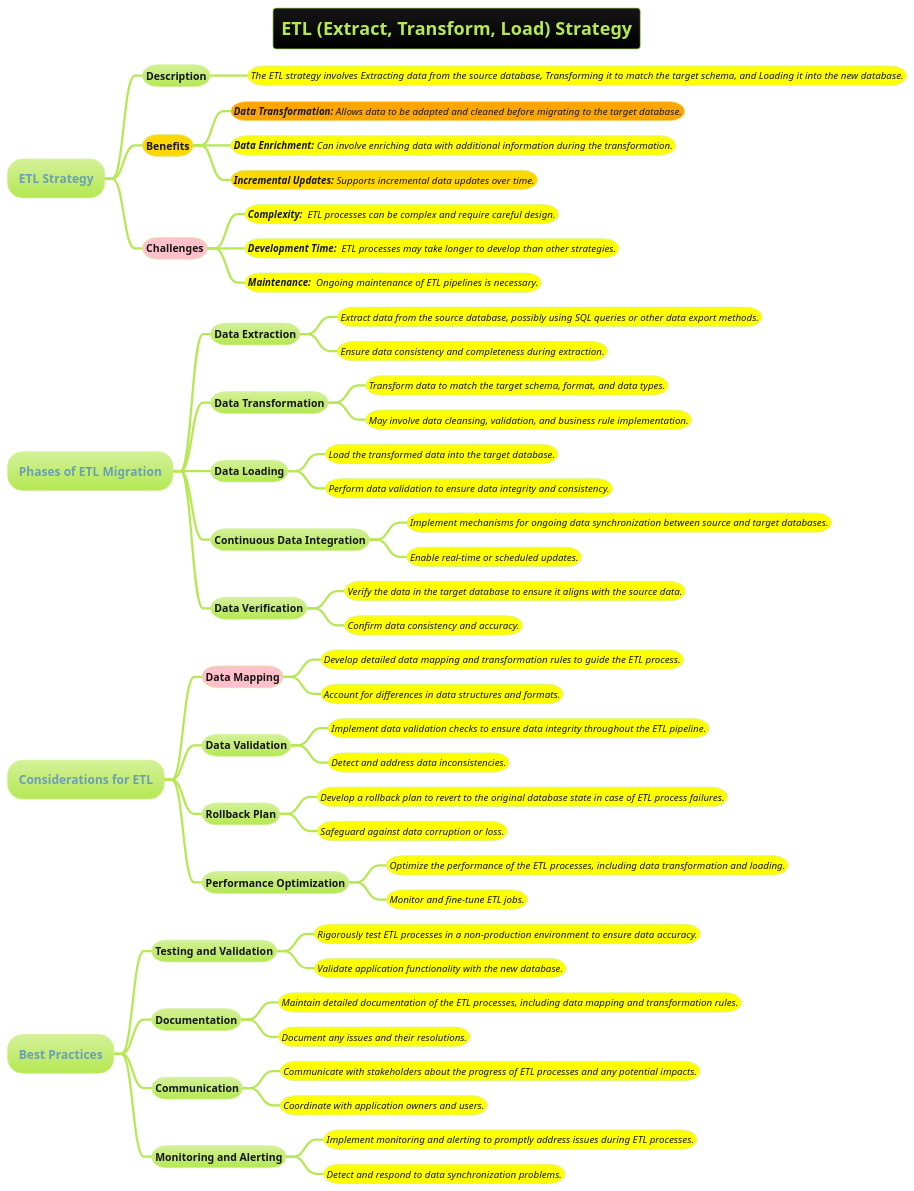
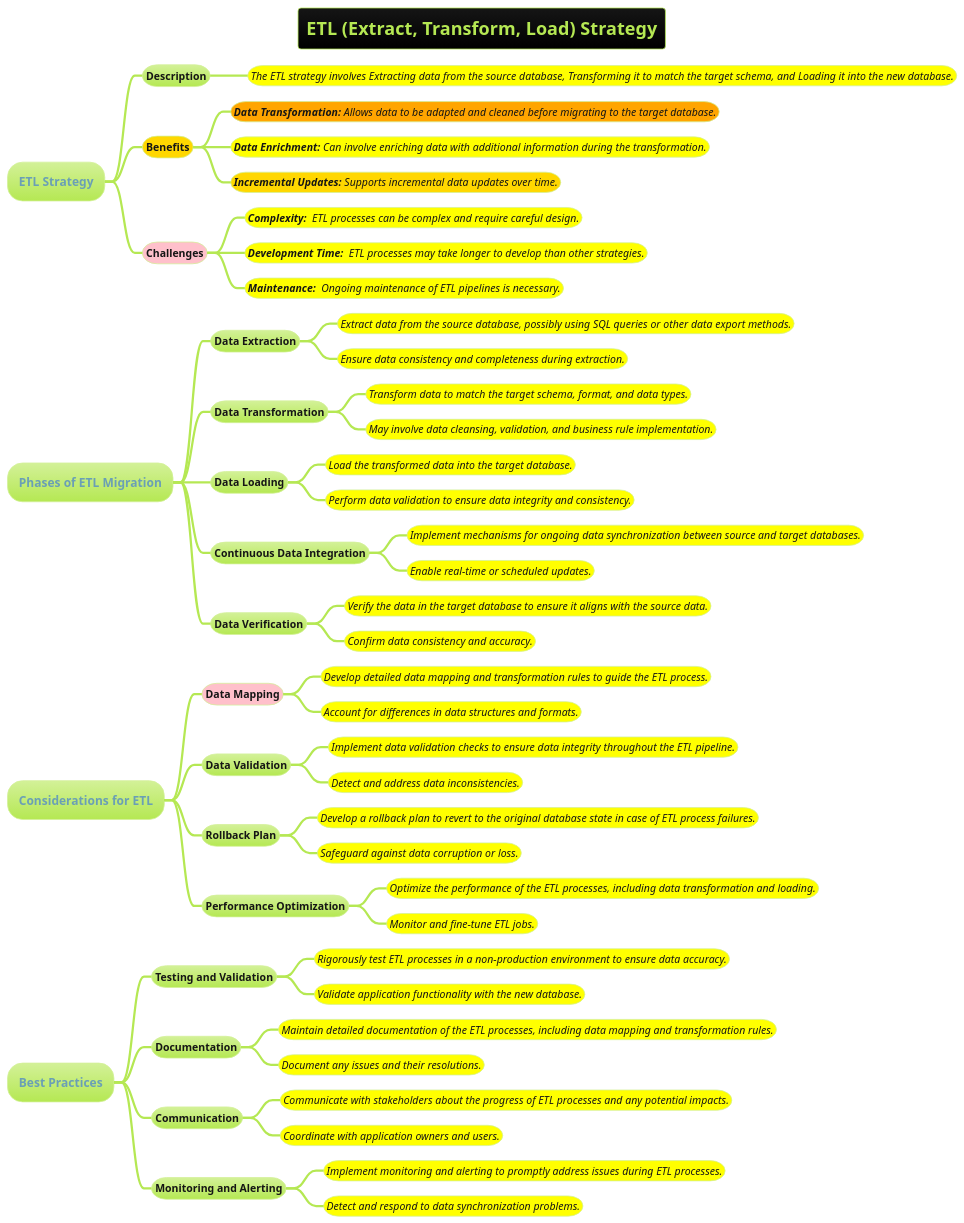
The diagram in docs/AI-ML- DL-Data-Science-and-BigData/data-science/data-or-database-migration/Data-Migration-Strategies/ETL-(Extract-Transform-Load)-Strategy.puml (MehmoodHashmi/Documentation-as-Code-DaC), drawn with PlantUML before and after one commit. The commit also changed 4 other files, not shown here.

```diff
--- a/docs/AI-ML- DL-Data-Science-and-BigData/data-science/data-or-database-migration/Data-Migration-Strategies/ETL-(Extract-Transform-Load)-Strategy.puml
+++ b/docs/AI-ML- DL-Data-Science-and-BigData/data-science/data-or-database-migration/Data-Migration-Strategies/ETL-(Extract-Transform-Load)-Strategy.puml
@@ -1,74 +1,74 @@
 @startmindmap
 title =ETL (Extract, Transform, Load) Strategy
 !theme hacker
 
 * ETL Strategy
 ** Description
-***[#yellow] ====<size:13>The ETL strategy involves Extracting data from the source database, Transforming it to match the target schema, and Loading it into the new database.
+***[#yellow] ====<size:14>The ETL strategy involves Extracting data from the source database, Transforming it to match the target schema, and Loading it into the new database.
 
 **[#gold] Benefits
-***[#orange] ====<size:13>**Data Transformation:** Allows data to be adapted and cleaned before migrating to the target database.
-***[#yellow] ====<size:13>**Data Enrichment:** Can involve enriching data with additional information during the transformation.
-***[#gold] ====<size:13>**Incremental Updates:** Supports incremental data updates over time.
+***[#orange] ====<size:14>**Data Transformation:** Allows data to be adapted and cleaned before migrating to the target database.
+***[#yellow] ====<size:14>**Data Enrichment:** Can involve enriching data with additional information during the transformation.
+***[#gold] ====<size:14>**Incremental Updates:** Supports incremental data updates over time.
 
 **[#pink] Challenges
-***[#yellow] ====<size:13>**Complexity: ** ETL processes can be complex and require careful design.
-***[#yellow] ====<size:13>**Development Time:**  ETL processes may take longer to develop than other strategies.
-***[#yellow] ====<size:13>**Maintenance: ** Ongoing maintenance of ETL pipelines is necessary.
+***[#yellow] ====<size:14>**Complexity: ** ETL processes can be complex and require careful design.
+***[#yellow] ====<size:14>**Development Time:**  ETL processes may take longer to develop than other strategies.
+***[#yellow] ====<size:14>**Maintenance: ** Ongoing maintenance of ETL pipelines is necessary.
 
 * Phases of ETL Migration
 ** Data Extraction
-***[#yellow] ====<size:13>Extract data from the source database, possibly using SQL queries or other data export methods.
-***[#yellow] ====<size:13>Ensure data consistency and completeness during extraction.
+***[#yellow] ====<size:14>Extract data from the source database, possibly using SQL queries or other data export methods.
+***[#yellow] ====<size:14>Ensure data consistency and completeness during extraction.
 
 ** Data Transformation
-***[#yellow] ====<size:13>Transform data to match the target schema, format, and data types.
-***[#yellow] ====<size:13>May involve data cleansing, validation, and business rule implementation.
+***[#yellow] ====<size:14>Transform data to match the target schema, format, and data types.
+***[#yellow] ====<size:14>May involve data cleansing, validation, and business rule implementation.
 
 ** Data Loading
-***[#yellow] ====<size:13>Load the transformed data into the target database.
-***[#yellow] ====<size:13>Perform data validation to ensure data integrity and consistency.
+***[#yellow] ====<size:14>Load the transformed data into the target database.
+***[#yellow] ====<size:14>Perform data validation to ensure data integrity and consistency.
 
 ** Continuous Data Integration
-***[#yellow] ====<size:13>Implement mechanisms for ongoing data synchronization between source and target databases.
-***[#yellow] ====<size:13>Enable real-time or scheduled updates.
+***[#yellow] ====<size:14>Implement mechanisms for ongoing data synchronization between source and target databases.
+***[#yellow] ====<size:14>Enable real-time or scheduled updates.
 
 ** Data Verification
-***[#yellow] ====<size:13>Verify the data in the target database to ensure it aligns with the source data.
-***[#yellow] ====<size:13>Confirm data consistency and accuracy.
+***[#yellow] ====<size:14>Verify the data in the target database to ensure it aligns with the source data.
+***[#yellow] ====<size:14>Confirm data consistency and accuracy.
 
 * Considerations for ETL
 **[#pink] Data Mapping
-***[#yellow] ====<size:13>Develop detailed data mapping and transformation rules to guide the ETL process.
-***[#yellow] ====<size:13>Account for differences in data structures and formats.
+***[#yellow] ====<size:14>Develop detailed data mapping and transformation rules to guide the ETL process.
+***[#yellow] ====<size:14>Account for differences in data structures and formats.
 
 ** Data Validation
-***[#yellow] ====<size:13>Implement data validation checks to ensure data integrity throughout the ETL pipeline.
-***[#yellow] ====<size:13>Detect and address data inconsistencies.
+***[#yellow] ====<size:14>Implement data validation checks to ensure data integrity throughout the ETL pipeline.
+***[#yellow] ====<size:14>Detect and address data inconsistencies.
 
 ** Rollback Plan
-***[#yellow] ====<size:13>Develop a rollback plan to revert to the original database state in case of ETL process failures.
-***[#yellow] ====<size:13>Safeguard against data corruption or loss.
+***[#yellow] ====<size:14>Develop a rollback plan to revert to the original database state in case of ETL process failures.
+***[#yellow] ====<size:14>Safeguard against data corruption or loss.
 
 ** Performance Optimization
-***[#yellow] ====<size:13>Optimize the performance of the ETL processes, including data transformation and loading.
-***[#yellow] ====<size:13>Monitor and fine-tune ETL jobs.
+***[#yellow] ====<size:14>Optimize the performance of the ETL processes, including data transformation and loading.
+***[#yellow] ====<size:14>Monitor and fine-tune ETL jobs.
 
 * Best Practices
 ** Testing and Validation
-***[#yellow] ====<size:13>Rigorously test ETL processes in a non-production environment to ensure data accuracy.
-***[#yellow] ====<size:13>Validate application functionality with the new database.
+***[#yellow] ====<size:14>Rigorously test ETL processes in a non-production environment to ensure data accuracy.
+***[#yellow] ====<size:14>Validate application functionality with the new database.
 
 ** Documentation
-***[#yellow] ====<size:13>Maintain detailed documentation of the ETL processes, including data mapping and transformation rules.
-***[#yellow] ====<size:13>Document any issues and their resolutions.
+***[#yellow] ====<size:14>Maintain detailed documentation of the ETL processes, including data mapping and transformation rules.
+***[#yellow] ====<size:14>Document any issues and their resolutions.
 
 ** Communication
-***[#yellow] ====<size:13>Communicate with stakeholders about the progress of ETL processes and any potential impacts.
-***[#yellow] ====<size:13>Coordinate with application owners and users.
+***[#yellow] ====<size:14>Communicate with stakeholders about the progress of ETL processes and any potential impacts.
+***[#yellow] ====<size:14>Coordinate with application owners and users.
 
 ** Monitoring and Alerting
-***[#yellow] ====<size:13>Implement monitoring and alerting to promptly address issues during ETL processes.
-***[#yellow] ====<size:13>Detect and respond to data synchronization problems.
+***[#yellow] ====<size:14>Implement monitoring and alerting to promptly address issues during ETL processes.
+***[#yellow] ====<size:14>Detect and respond to data synchronization problems.
 
 @endmindmap
```
